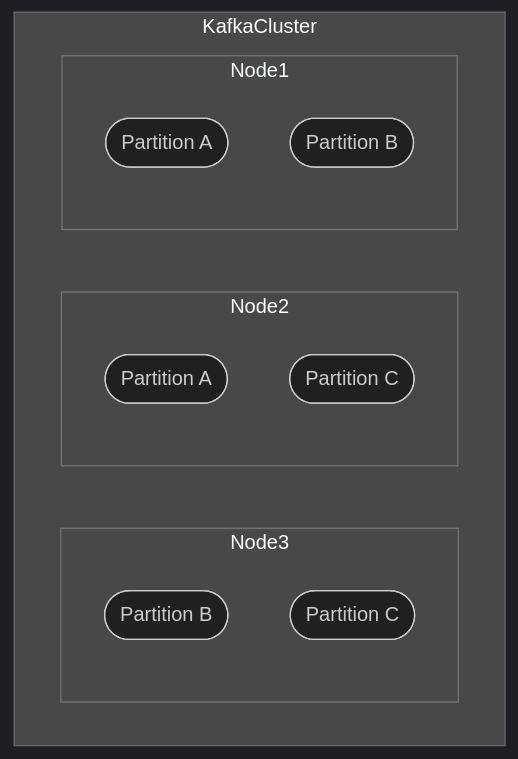
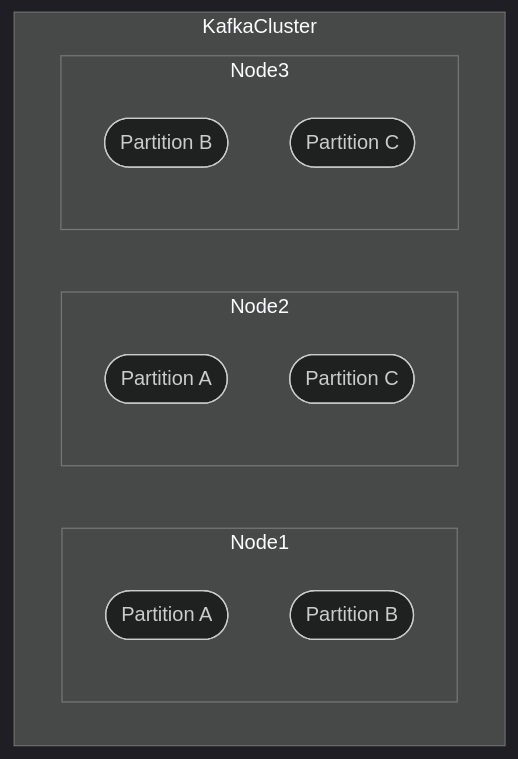
Before and after one commit to aiven/devportal: the first of 3 diagrams in docs/products/kafka/concepts/upgrade-procedure.rst, drawn with Mermaid (dark theme). The commit also changed other lines of this file and 1 other file, not shown here.

```diff
--- a/docs/products/kafka/concepts/upgrade-procedure.rst
+++ b/docs/products/kafka/concepts/upgrade-procedure.rst
@@ -20,17 +20,19 @@
 .. mermaid::
 
     flowchart TD;
         subgraph KafkaCluster
-            subgraph Node3
-                PartitionB2([Partition B])
-                PartitionC2([Partition C])
+            subgraph Node1
+                PartitionA1([Partition A])
+                PartitionB1([Partition B])
             end
             subgraph Node2
                 PartitionA2([Partition A])
                 PartitionC1([Partition C])
             end
-            subgraph Node1
-                PartitionA1([Partition A])
-                PartitionB1([Partition B])
+            subgraph Node3
+                PartitionB2([Partition B])
+                PartitionC2([Partition C])
             end
+            
+            
         end
```
